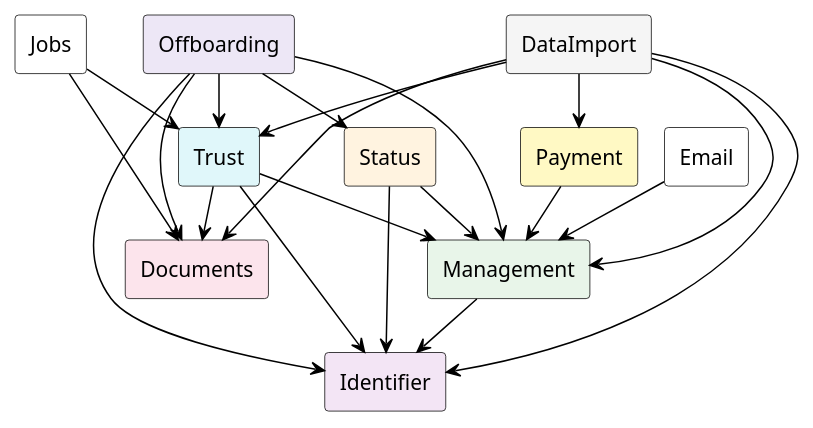
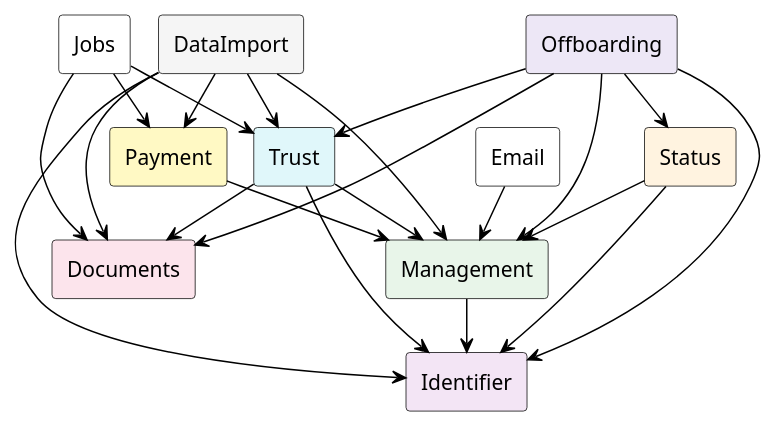
The diagram in docs/models/core-business-modules.puml (swiyu-admin-ch/swiyu-core-business-service), drawn with PlantUML before and after one commit. The commit also changed 38 other files, not shown here.

```diff
--- a/docs/models/core-business-modules.puml
+++ b/docs/models/core-business-modules.puml
@@ -1,58 +1,59 @@
 @startuml module-dependencies
 
 !pragma layout smetana
 
 skinparam componentStyle rectangle
 skinparam ComponentBackgroundColor White
 skinparam ComponentBorderColor Black
 skinparam ArrowColor Black
 skinparam defaultFontName Arial
 
 ' ========================
 ' MODULES
 ' ========================
 
 component "Jobs" as jobs
 component "Email" as email
 component "Management" as management #E8F5E9
 component "Status" as status #FFF3E0
 component "Identifier" as identifier #F3E5F5
 component "Documents" as documents #FCE4EC
 component "Trust" as trust #E0F7FA
 component "DataImport" as dataimport #F5F5F5
 component "Offboarding" as offboarding #EDE7F6
 component "Payment" as payment #FFF9C4
 
 ' ========================
 ' DEPENDENCIES
 ' ========================
 
 management --> identifier
 
 status --> identifier
 status --> management
 
 trust --> management
 trust --> identifier
 trust --> documents
 
 dataimport --> documents
 dataimport --> identifier
 dataimport --> management
 dataimport --> trust
 dataimport --> payment
 
 jobs --> documents
 jobs --> trust
+jobs --> payment
 
 email --> management
 
 offboarding --> management
 offboarding --> status
 offboarding --> identifier
 offboarding --> documents
 offboarding --> trust
 
 payment --> management
 
 @enduml
```
